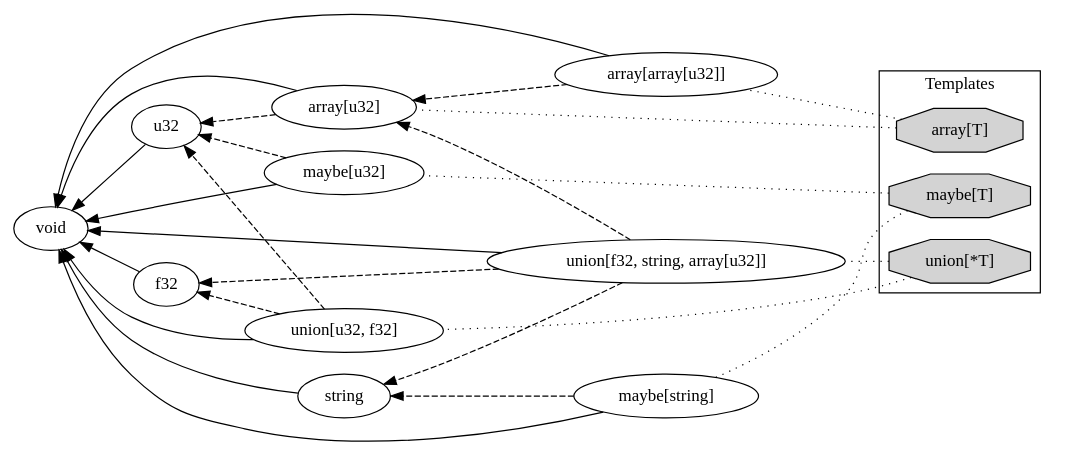
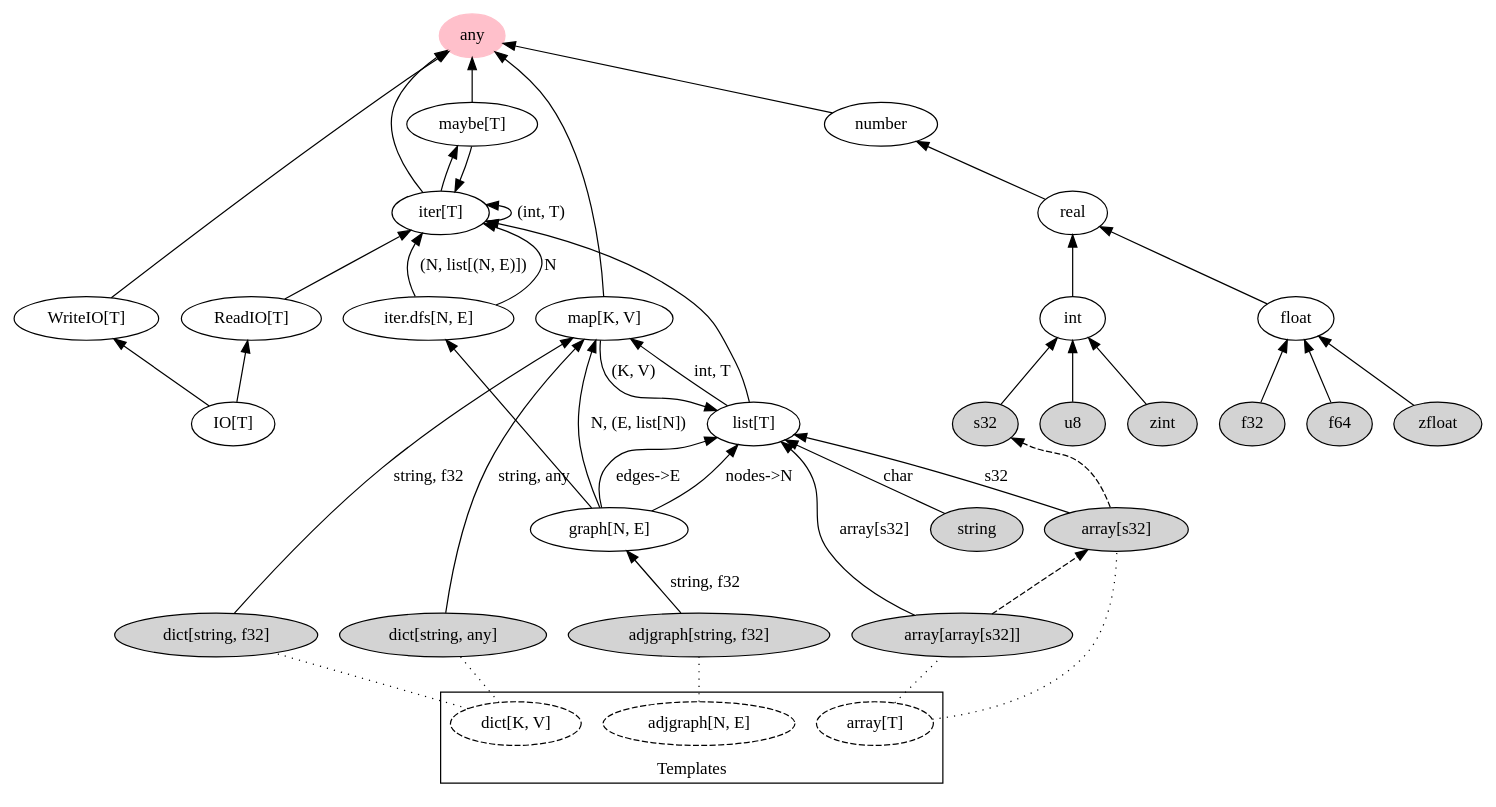
The diagram in files/src/K0001/types0.dot (gcrois/gcrois.github.io), drawn with Graphviz before and after one commit. The commit also changed 2 other files, not shown here.

```diff
--- a/files/src/K0001/types0.dot
+++ b/files/src/K0001/types0.dot
@@ -1,45 +1,108 @@
 digraph {
+    #layout="circo";
     #layout="fdp";
-    rankdir="RL";
+    #rankdir="LR";
+    rankdir="BT";
+    #concentrate=true;
+
+    # CLUSTERS
 
     subgraph cluster_0 {
-        rank=same;
         label="Templates";
-
-        array [label="array[T]", shape="octagon", style="filled"];
-        maybe [label="maybe[T]", shape="octagon", style="filled"];
-        union [label="union[*T]", shape="octagon", style="filled"];
+        
+        array [label="array[T]", style="dashed"];
+        dict [label="dict[K, V]", style="dashed"];
+        adjgraph [label="adjgraph[N, E]", style="dashed"];
     }
 
-    array -> array0 [style="dotted", arrowhead="none"];
-    array -> array1 [style="dotted", arrowhead="none"];
-    maybe -> maybe0 [style="dotted", arrowhead="none"];
-    maybe -> maybe1 [style="dotted", arrowhead="none"];
-    union -> union0 [style="dotted", arrowhead="none"];
-    union -> union1 [style="dotted", arrowhead="none"];
+    # NODES (FORMS)
+
+    any [color="pink", style="filled"];
+
+    G [label="graph[N, E]"];
+    map [label="map[K, V]"];
+    list [label="list[T]"];
+    iter [label="iter[T]"];
+    maybe [label="maybe[T]"];
+
+    iterdfs [label="iter.dfs[N, E]"];
+
+    ReadIO [label="ReadIO[T]"];
+    WriteIO [label="WriteIO[T]"];
+    IO [label="IO[T]"];
 
 
-    f32, u32, string -> void;
-    maybe0, maybe1 -> void;
-    array0, array1 -> void;
-    union0, union1 -> void;
 
-    array0 [label="array[u32]"];
-    array0 -> u32 [style="dashed"];
+    # NODES (TYPES)
 
-    array1 [label="array[array[u32]]"];
+    u8, s32, zint [style="filled"];
+    f32, f64, zfloat [style="filled"];
+
+    string [style="filled"];
+
+    array0 [label="array[s32]", style="filled"];
+    array1 [label="array[array[s32]]", style="filled"];
+    dict0 [label="dict[string, f32]", style="filled"];
+    dict1 [label="dict[string, any]", style="filled"];
+    adjgraph0 [label="adjgraph[string, f32]", style="filled"];
+
+
+
+    # EDGES (SUBTYPE)
+
+    int, float -> real -> number -> any;
+    f32, f64, zfloat -> float;
+    u8, s32, zint -> int;
+
+    maybe -> any;
+    iter -> maybe;
+    maybe -> iter;
+    iterdfs -> iter [label="(N, list[(N, E)])"];
+    iterdfs -> iter [label="N"];
+
+    G -> list [label="nodes->N"];
+    G -> list [label="edges->E"];
+
+    G -> iterdfs;
+
+    G -> map [label="N, (E, list[N])"];
+    #G -> map [label="N, E, list[N]"];
+
+    iter -> any;
+    map -> any;
+
+    # self loop, since iterables can be enumerated
+    iter -> iter [label="(int, T)"];
+
+    IO -> ReadIO, WriteIO;
+    ReadIO -> iter;
+    WriteIO -> any;
+
+    list -> iter;
+
+    list -> map [label="int, T"];
+    map -> list [label="(K, V)"];
+
+    string -> list [label="char"];
+
+    array0 -> list [label="s32"];
+    array1 -> list [label="array[s32]"];
+
+    adjgraph0 -> G [label="string, f32"];
+
+    dict0 -> map [label="string, f32"];
+    dict1 -> map [label="string, any"];
+
+    # EDGES (DECAY)
+
+    array0 -> s32 [style="dashed"];
     array1 -> array0 [style="dashed"];
-    
-    maybe0 [label="maybe[u32]"];
-    maybe0 -> u32 [style="dashed"];
-    
-    maybe1 [label="maybe[string]"];
-    maybe1 -> string [style="dashed"];
 
-    union0 [label="union[f32, string, array[u32]]"];
-    union0 -> f32, string, array0 [style="dashed"];
+    # EDGES (TEMPLATE)
 
-    union1 [label="union[u32, f32]"];
-    union1 -> u32, f32 [style="dashed"];
+    adjgraph -> adjgraph0 [style="dotted", arrowhead="none"];
 
+    array -> array0, array1 [style="dotted", arrowhead="none"];
+
+    dict -> dict0, dict1 [style="dotted", arrowhead="none"];
 }
```
